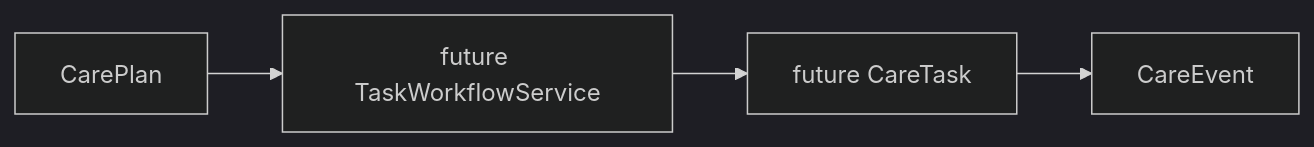
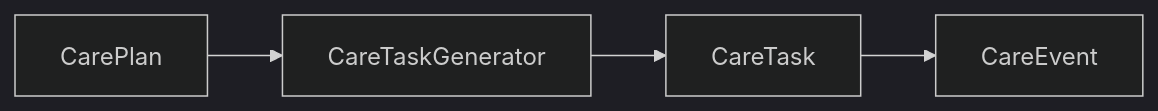
One commit to NolanBecker/ha-reptilecare changed the fourth of 4 diagrams in docs/CARE_PLANS.md. Above: the diagram before and after it, drawn with Mermaid (dark theme). The commit also changed other lines of this file and 14 other files, not shown here.

Commit message:
Implement CareTask generation foundation

````diff
--- a/docs/CARE_PLANS.md
+++ b/docs/CARE_PLANS.md
@@ -177,11 +184,11 @@
 ```mermaid
 flowchart LR
     Plan[CarePlan]
-    Service[future TaskWorkflowService]
-    Task[future CareTask]
+    Generator[CareTaskGenerator]
+    Task[CareTask]
     Event[CareEvent]
 
-    Plan --> Service
-    Service --> Task
+    Plan --> Generator
+    Generator --> Task
     Task --> Event
 ```
````
